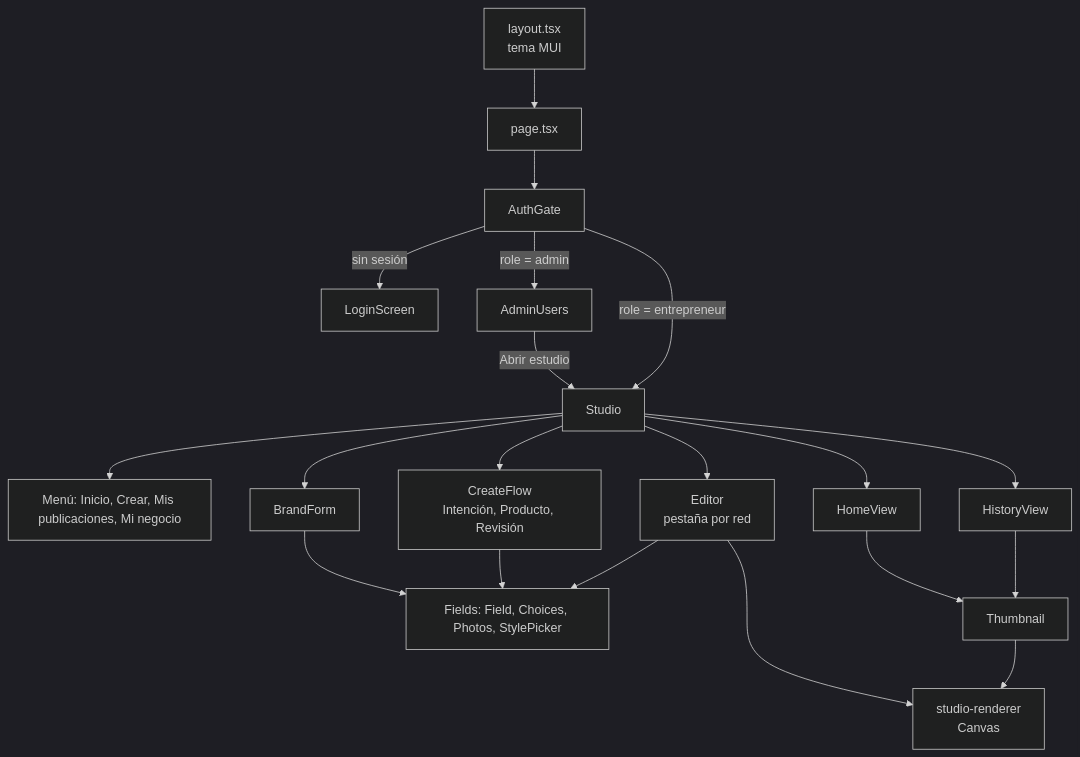
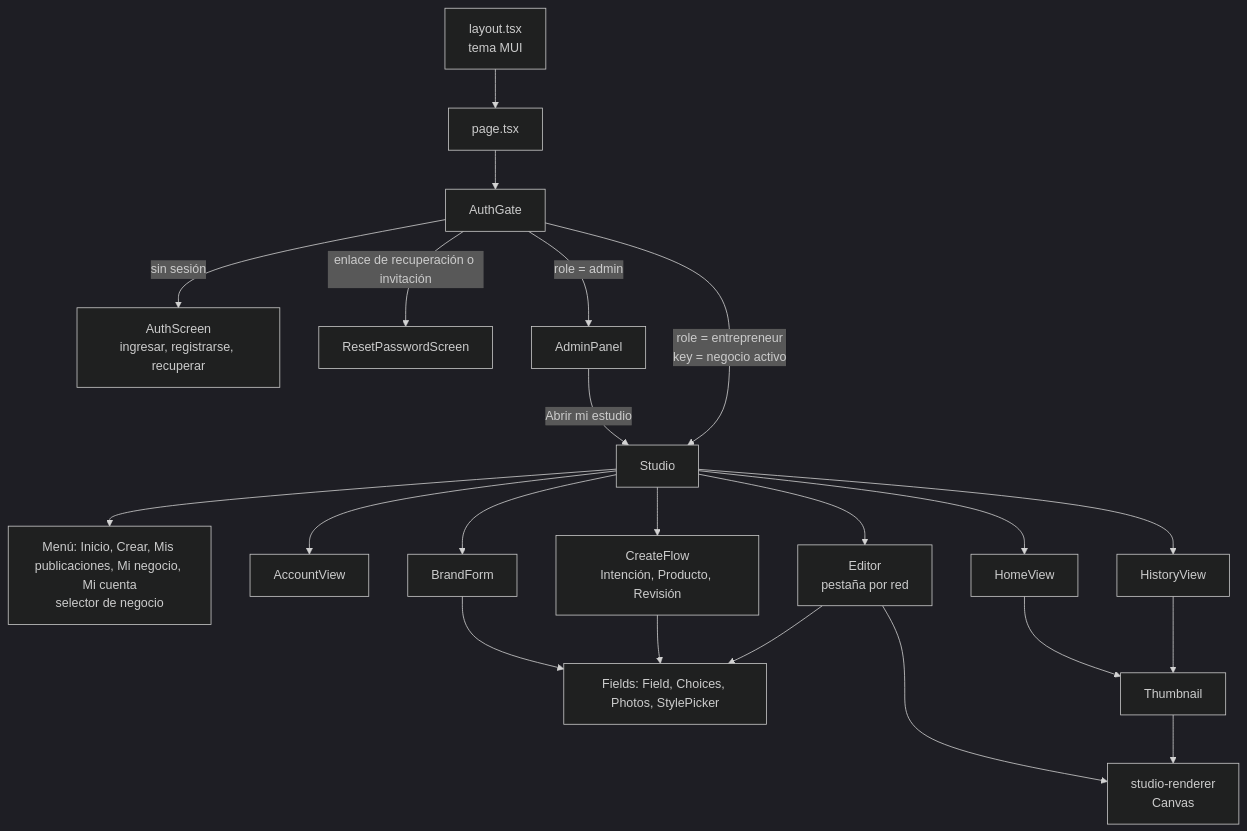
Before and after one commit to JeffersonVargasH/proj-automatizacion: the fourth of 14 diagrams in README.md, drawn with Mermaid (dark theme). The commit also changed other lines of this file and 177 other files, not shown here.

````diff
--- a/README.md
+++ b/README.md
@@ -291,22 +317,24 @@
 ```mermaid
 flowchart TD
   L["layout.tsx<br/>tema MUI"] --> P["page.tsx"] --> AG["AuthGate"]
-  AG -->|"sin sesión"| LOGIN["LoginScreen"]
-  AG -->|"role = admin"| ADM["AdminUsers"]
-  ADM -->|"Abrir estudio"| ST
-  AG -->|"role = entrepreneur"| ST["Studio"]
+  AG -->|"sin sesión"| LOGIN["AuthScreen<br/>ingresar, registrarse, recuperar"]
+  AG -->|"enlace de recuperación o invitación"| RESET["ResetPasswordScreen"]
+  AG -->|"role = admin"| ADM["AdminPanel"]
+  ADM -->|"Abrir mi estudio"| ST
+  AG -->|"role = entrepreneur<br/>key = negocio activo"| ST["Studio"]
 
-  ST --> NAVM["Menú: Inicio, Crear, Mis publicaciones, Mi negocio"]
+  ST --> NAVM["Menú: Inicio, Crear, Mis publicaciones, Mi negocio, Mi cuenta<br/>selector de negocio"]
+  ST --> AC["AccountView"]
   ST --> HV["HomeView"]
   ST --> BF["BrandForm"]
   ST --> CF["CreateFlow<br/>Intención, Producto, Revisión"]
   ST --> ED["Editor<br/>pestaña por red"]
   ST --> HI["HistoryView"]
 
   BF --> F["Fields: Field, Choices, Photos, StylePicker"]
   CF --> F
   ED --> F
   ED --> R["studio-renderer<br/>Canvas"]
   HV --> TH["Thumbnail"] --> R
   HI --> TH
 ```
````
